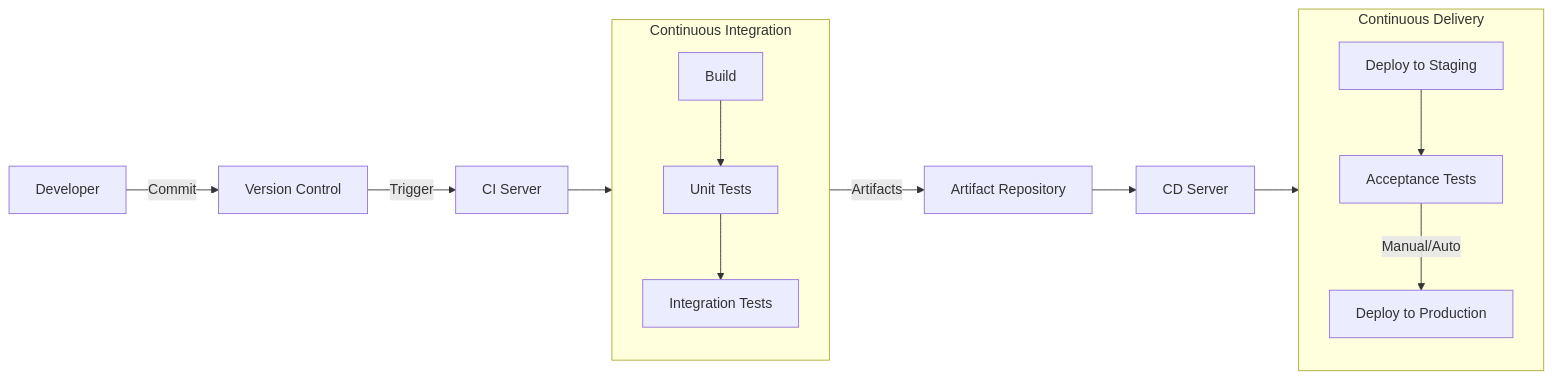
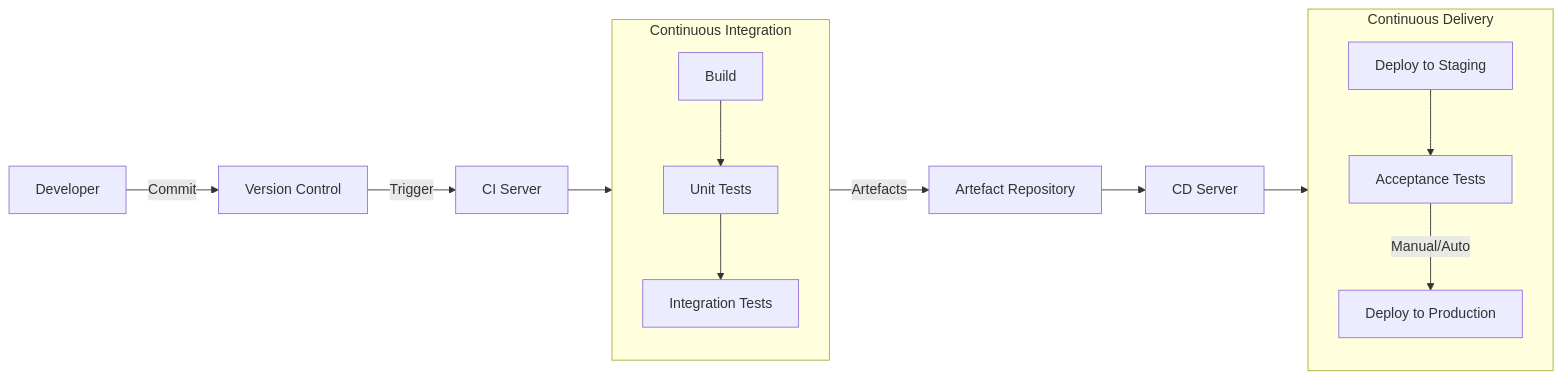
One commit to mbeps/personal-portfolio changed the fifth of 8 diagrams in public/blogs/devops/blog.md. Above: the diagram before and after it, drawn with Mermaid. The commit also changed other lines of this file and 21 other files, not shown here.

````diff
--- a/public/blogs/devops/blog.md
+++ b/public/blogs/devops/blog.md
@@ -211,17 +211,17 @@
 ```mermaid
 flowchart LR
     Dev[Developer] -->|Commit| VCS[Version Control]
     VCS -->|Trigger| CI[CI Server]
     subgraph CI_Process [Continuous Integration]
         Build[Build] --> UnitT[Unit Tests]
         UnitT --> IntegT[Integration Tests]
     end
     CI --> CI_Process
-    CI_Process -->|Artifacts| ArtRepo[Artifact Repository]
+    CI_Process -->|Artefacts| ArtRepo[Artefact Repository]
     ArtRepo --> CD[CD Server]
     subgraph CD_Process [Continuous Delivery]
         Staging[Deploy to Staging] --> Acceptance[Acceptance Tests]
         Acceptance -->|Manual/Auto| Prod[Deploy to Production]
     end
     CD --> CD_Process
 ```
````
